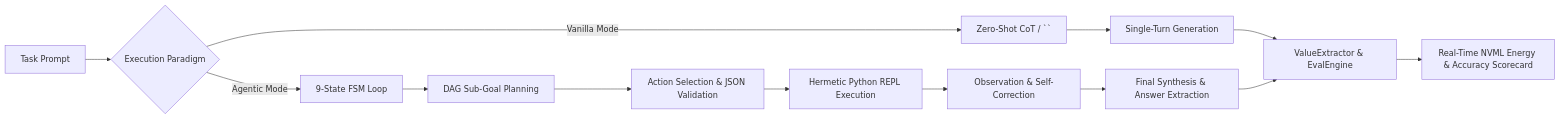
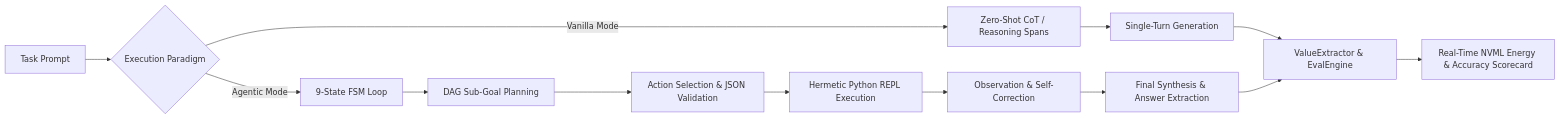
One commit to AtishayJain2503/metacognition-eval changed the first of 3 diagrams in CONSOLIDATED_BENCHMARK_REPORT.md. Above: the diagram before and after it, drawn with Mermaid. The commit also changed other lines of this file and 1 other file, not shown here.

Commit message:
docs: fix mermaid diagrams with universal standard syntax for seamless rendering across all markdown viewers

````diff
--- a/CONSOLIDATED_BENCHMARK_REPORT.md
+++ b/CONSOLIDATED_BENCHMARK_REPORT.md
@@ -48,17 +48,17 @@
 ```mermaid
 graph LR
-    A[Task Prompt] --> B{Execution Paradigm}
-    B -->|Vanilla Mode| C[Zero-Shot CoT / `<think>`]
-    C --> D[Single-Turn Generation]
-    D --> E[ValueExtractor & EvalEngine]
+    A["Task Prompt"] --> B{"Execution Paradigm"}
+    B -->|"Vanilla Mode"| C["Zero-Shot CoT / Reasoning Spans"]
+    C --> D["Single-Turn Generation"]
+    D --> E["ValueExtractor & EvalEngine"]
     
-    B -->|Agentic Mode| F[9-State FSM Loop]
-    F --> G[DAG Sub-Goal Planning]
-    G --> H[Action Selection & JSON Validation]
-    H --> I[Hermetic Python REPL Execution]
-    I --> J[Observation & Self-Correction]
-    J --> K[Final Synthesis & Answer Extraction]
+    B -->|"Agentic Mode"| F["9-State FSM Loop"]
+    F --> G["DAG Sub-Goal Planning"]
+    G --> H["Action Selection & JSON Validation"]
+    H --> I["Hermetic Python REPL Execution"]
+    I --> J["Observation & Self-Correction"]
+    J --> K["Final Synthesis & Answer Extraction"]
     K --> E
     
-    E --> L[Real-Time NVML Energy & Accuracy Scorecard]
+    E --> L["Real-Time NVML Energy & Accuracy Scorecard"]
 ```
````
